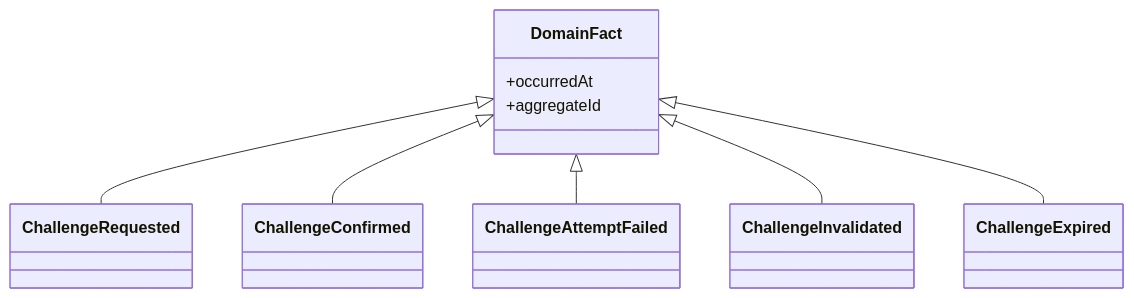
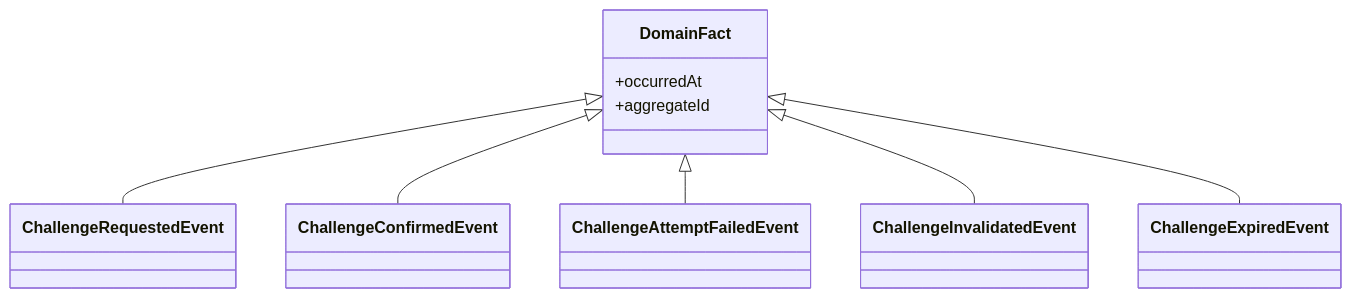
Before and after one commit to Morocoders-Arq-9056/votochain-api-backend: the third of 3 diagrams in docs/Bounded Contexts/verification/domain-model.md, drawn with Mermaid. The commit also changed other lines of this file and 20 other files, not shown here.

````diff
--- a/docs/Bounded Contexts/verification/domain-model.md
+++ b/docs/Bounded Contexts/verification/domain-model.md
@@ -206,12 +206,12 @@
 ```mermaid
 classDiagram
     class DomainFact {
         +occurredAt
         +aggregateId
     }
-    DomainFact <|-- ChallengeRequested
-    DomainFact <|-- ChallengeConfirmed
-    DomainFact <|-- ChallengeAttemptFailed
-    DomainFact <|-- ChallengeInvalidated
-    DomainFact <|-- ChallengeExpired
+    DomainFact <|-- ChallengeRequestedEvent
+    DomainFact <|-- ChallengeConfirmedEvent
+    DomainFact <|-- ChallengeAttemptFailedEvent
+    DomainFact <|-- ChallengeInvalidatedEvent
+    DomainFact <|-- ChallengeExpiredEvent
 ```
````
